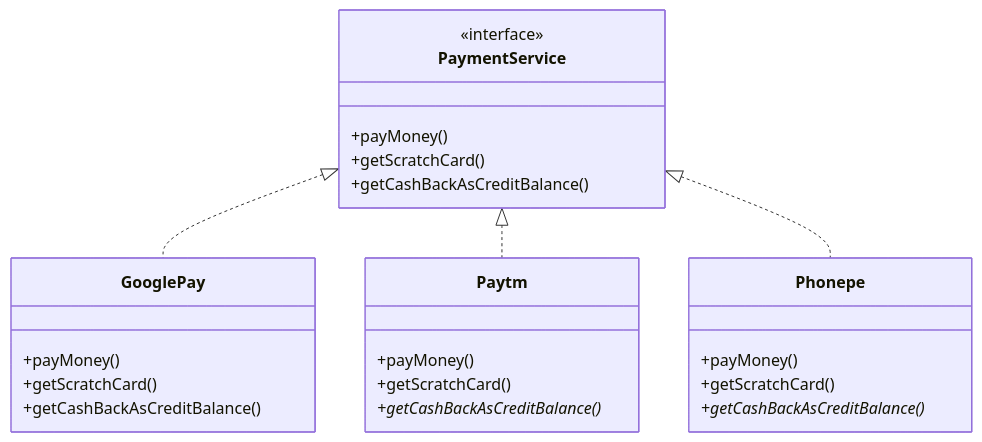
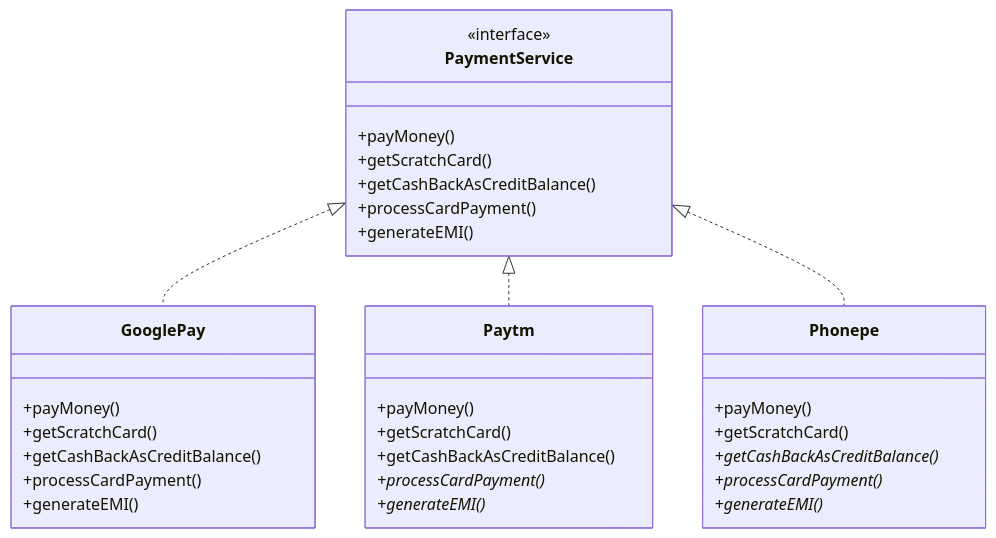
One commit to cipheraxat/java-concepts changed the fourth of 6 diagrams in SOLID_Study_Guide_SDE2.md. Above: the diagram before and after it, drawn with Mermaid. The commit also changed other lines of this file, not shown here.

````diff
--- a/SOLID_Study_Guide_SDE2.md
+++ b/SOLID_Study_Guide_SDE2.md
@@ -602,27 +637,35 @@
 ```mermaid
 classDiagram
     class PaymentService {
         <<interface>>
         +payMoney()
         +getScratchCard()
         +getCashBackAsCreditBalance()
+        +processCardPayment()
+        +generateEMI()
     }
     class GooglePay {
         +payMoney()
         +getScratchCard()
         +getCashBackAsCreditBalance()
+        +processCardPayment()
+        +generateEMI()
     }
     class Paytm {
         +payMoney()
         +getScratchCard()
-        +getCashBackAsCreditBalance()*
+        +getCashBackAsCreditBalance()
+        +processCardPayment()*
+        +generateEMI()*
     }
     class Phonepe {
         +payMoney()
         +getScratchCard()
         +getCashBackAsCreditBalance()*
+        +processCardPayment()*
+        +generateEMI()*
     }
     PaymentService <|.. GooglePay
     PaymentService <|.. Paytm
     PaymentService <|.. Phonepe
 ```
````
